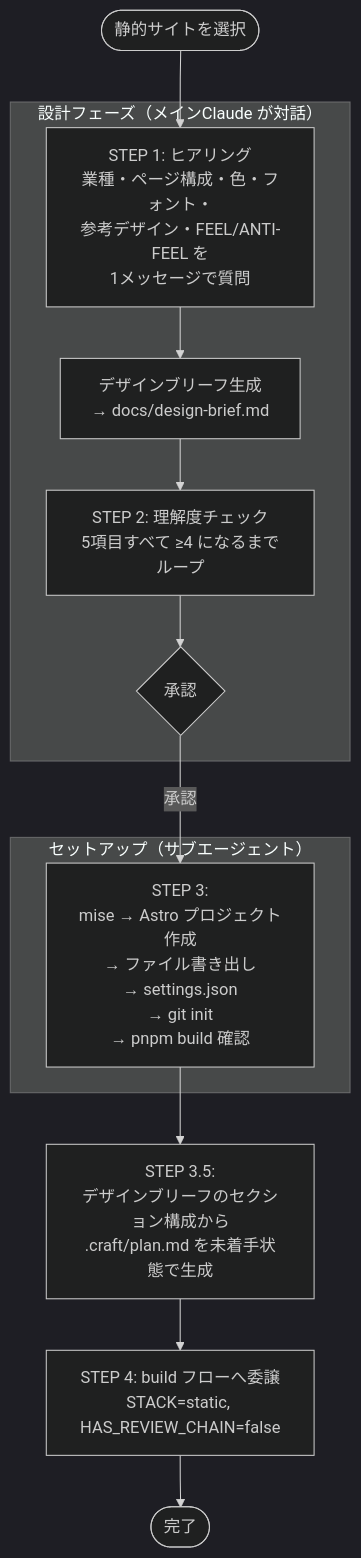
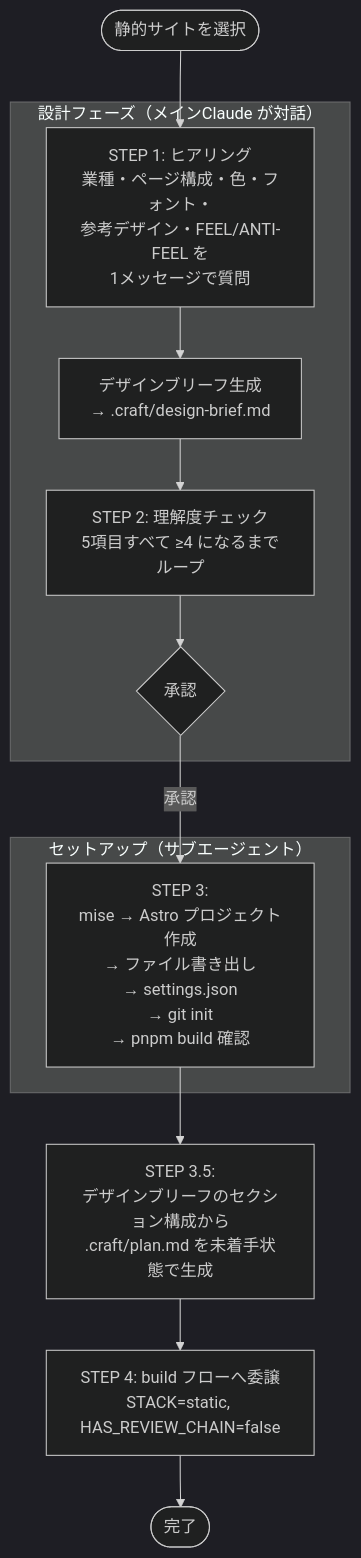
The diagram in claude/skills/craft/flows/new-static/README.md (agaemo/dotfiles), drawn with Mermaid (dark theme) before and after one commit. The commit also changed 19 other files, not shown here.

````diff
--- a/claude/skills/craft/flows/new-static/README.md
+++ b/claude/skills/craft/flows/new-static/README.md
@@ -6,21 +6,21 @@
 ```mermaid
 flowchart TD
     START([静的サイトを選択]) --> S1
 
     subgraph DESIGN["設計フェーズ（メインClaude が対話）"]
         S1["STEP 1: ヒアリング\n業種・ページ構成・色・フォント・\n参考デザイン・FEEL/ANTI-FEEL を\n1メッセージで質問"]
-        S1 --> S1B["デザインブリーフ生成\n→ docs/design-brief.md"]
+        S1 --> S1B["デザインブリーフ生成\n→ .craft/design-brief.md"]
         S1B --> S2["STEP 2: 理解度チェック\n5項目すべて ≥4 になるまでループ"]
         S2 --> GATE{承認}
     end
 
     GATE -->|承認| S3
 
     subgraph SETUP["セットアップ（サブエージェント）"]
         S3["STEP 3:\nmise → Astro プロジェクト作成\n→ ファイル書き出し\n→ settings.json\n→ git init\n→ pnpm build 確認"]
     end
 
     S3 --> S35["STEP 3.5:\nデザインブリーフのセクション構成から\n.craft/plan.md を未着手状態で生成"]
     S35 --> S4["STEP 4: build フローへ委譲\nSTACK=static, HAS_REVIEW_CHAIN=false"]
     S4 --> END([完了])
 ```
````
